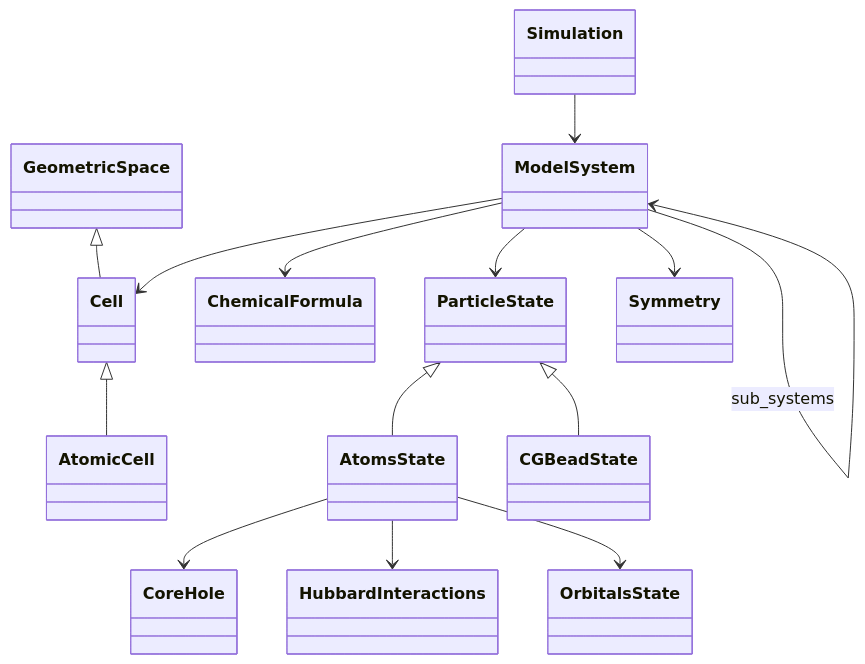
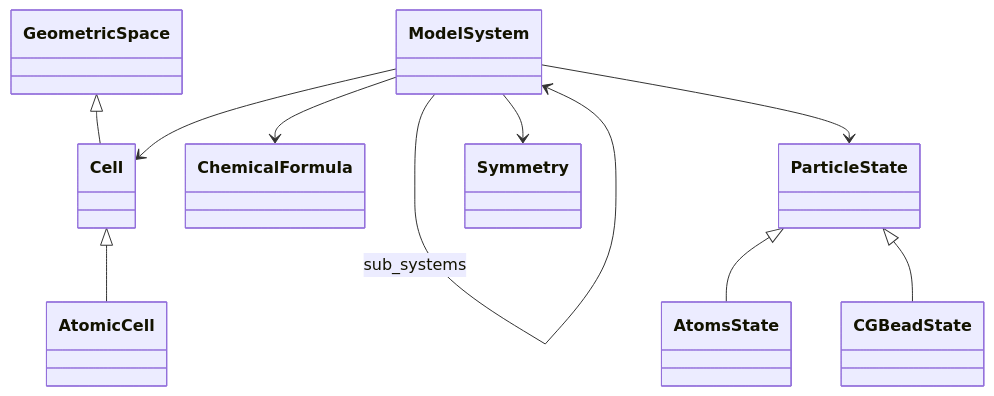
Before and after one commit to FAIRmat-NFDI/nomad-simulations: the diagram in docs/schema/model_system.diagram.md, drawn with Mermaid. The commit also changed other lines of this file and 104 other files, not shown here.

Commit message:
new verticals, new logic for filtering in diagrams, auto docs generation dev docs

````diff
--- a/docs/schema/model_system.diagram.md
+++ b/docs/schema/model_system.diagram.md
@@ -16,42 +16,30 @@
 ```mermaid
 classDiagram
     class AtomicCell {
     }
     class AtomsState {
     }
     class CGBeadState {
     }
     class Cell {
     }
     class ChemicalFormula {
     }
-    class CoreHole {
-    }
     class GeometricSpace {
-    }
-    class HubbardInteractions {
     }
     class ModelSystem {
     }
-    class OrbitalsState {
-    }
     class ParticleState {
-    }
-    class Simulation {
     }
     class Symmetry {
     }
     Cell <|-- AtomicCell
     ParticleState <|-- AtomsState
     ParticleState <|-- CGBeadState
     GeometricSpace <|-- Cell
-    AtomsState --> CoreHole
-    AtomsState --> HubbardInteractions
-    AtomsState --> OrbitalsState
     ModelSystem --> Cell
     ModelSystem --> ChemicalFormula
     ModelSystem --> ModelSystem : sub_systems
     ModelSystem --> ParticleState
     ModelSystem --> Symmetry
-    Simulation --> ModelSystem
 ```
````
